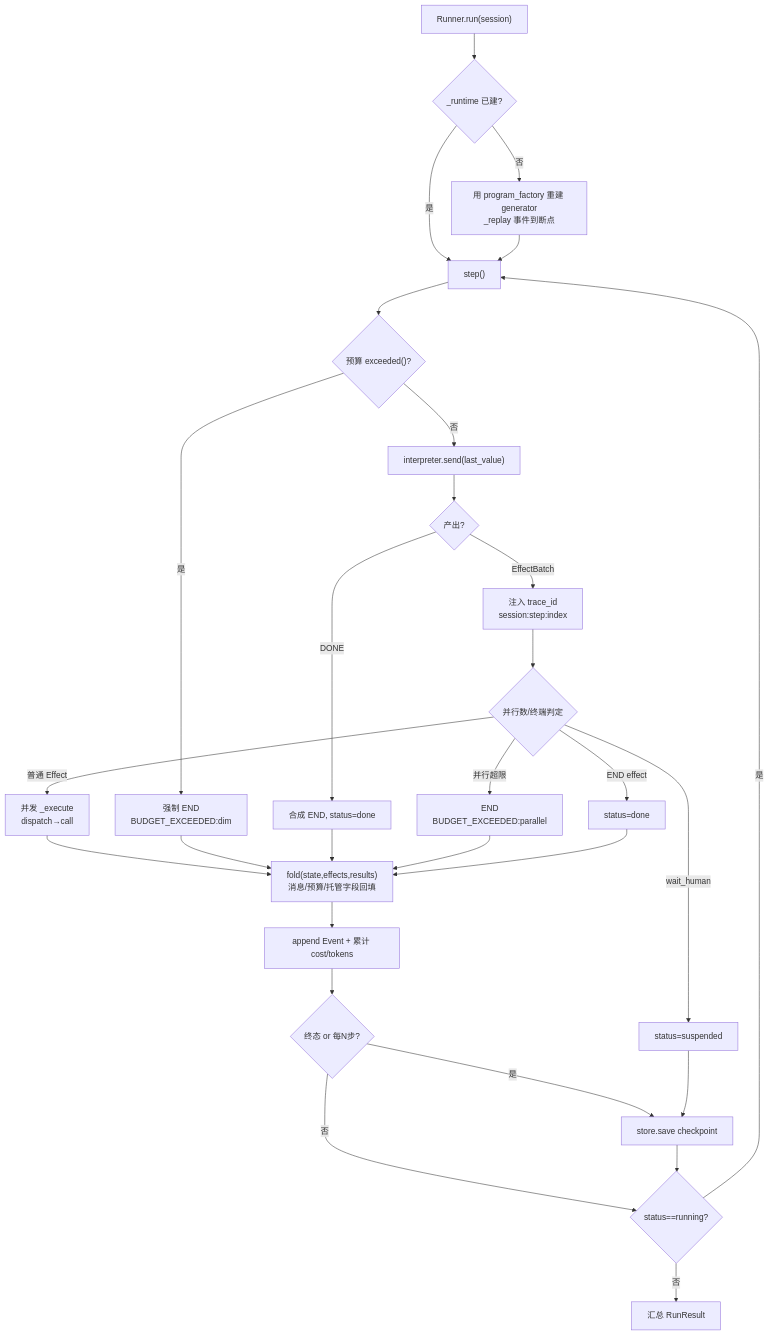
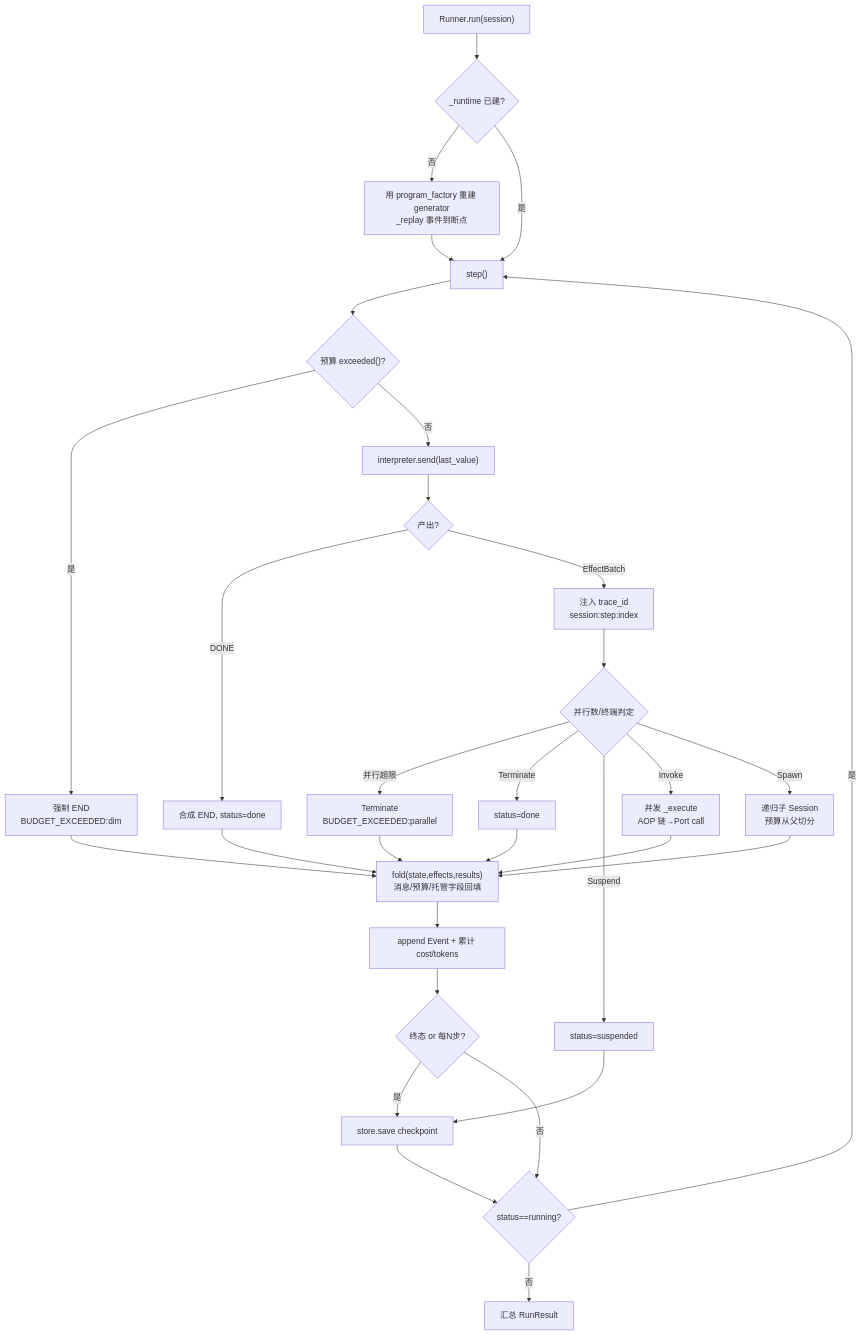
The third of 13 diagrams in docs/01-总览与设计/AGENT-总设计.md (sao-lang/lll), drawn with Mermaid before and after one commit. The commit also changed other lines of this file and 127 other files, not shown here.

````diff
--- a/docs/01-总览与设计/AGENT-总设计.md
+++ b/docs/01-总览与设计/AGENT-总设计.md
@@ -267,31 +369,33 @@
 ```mermaid
 flowchart TD
     A["Runner.run(session)"] --> B{"_runtime 已建?"}
     B -->|否| C["用 program_factory 重建 generator<br/>_replay 事件到断点"]
     B -->|是| D["step()"]
     C --> D
     D --> BC{"预算 exceeded()?"}
     BC -->|是| END1["强制 END<br/>BUDGET_EXCEEDED:dim"]
     BC -->|否| DR["interpreter.send(last_value)"]
     DR --> DD{"产出?"}
     DD -->|DONE| END2["合成 END, status=done"]
     DD -->|EffectBatch| TID["注入 trace_id<br/>session:step:index"]
     TID --> PC{"并行数/终端判定"}
-    PC -->|并行超限| END3["END<br/>BUDGET_EXCEEDED:parallel"]
-    PC -->|END effect| END4["status=done"]
-    PC -->|wait_human| SUSP["status=suspended"]
-    PC -->|普通 Effect| EX["并发 _execute<br/>dispatch→call"]
+    PC -->|并行超限| END3["Terminate<br/>BUDGET_EXCEEDED:parallel"]
+    PC -->|Terminate| END4["status=done"]
+    PC -->|Suspend| SUSP["status=suspended"]
+    PC -->|Invoke| EX["并发 _execute<br/>AOP 链→Port call"]
+    PC -->|Spawn| SP["递归子 Session<br/>预算从父切分"]
+    SP --> FOLD
     EX --> FOLD["fold(state,effects,results)<br/>消息/预算/托管字段回填"]
     FOLD --> EVT["append Event + 累计 cost/tokens"]
     EVT --> CK{"终态 or 每N步?"}
     CK -->|是| SV["store.save checkpoint"]
     CK -->|否| LOOP
     SV --> LOOP{"status==running?"}
     SUSP --> SV
     END1 --> FOLD
     END2 --> FOLD
     END3 --> FOLD
     END4 --> FOLD
     LOOP -->|是| D
     LOOP -->|否| RES["汇总 RunResult"]
 ```
````
